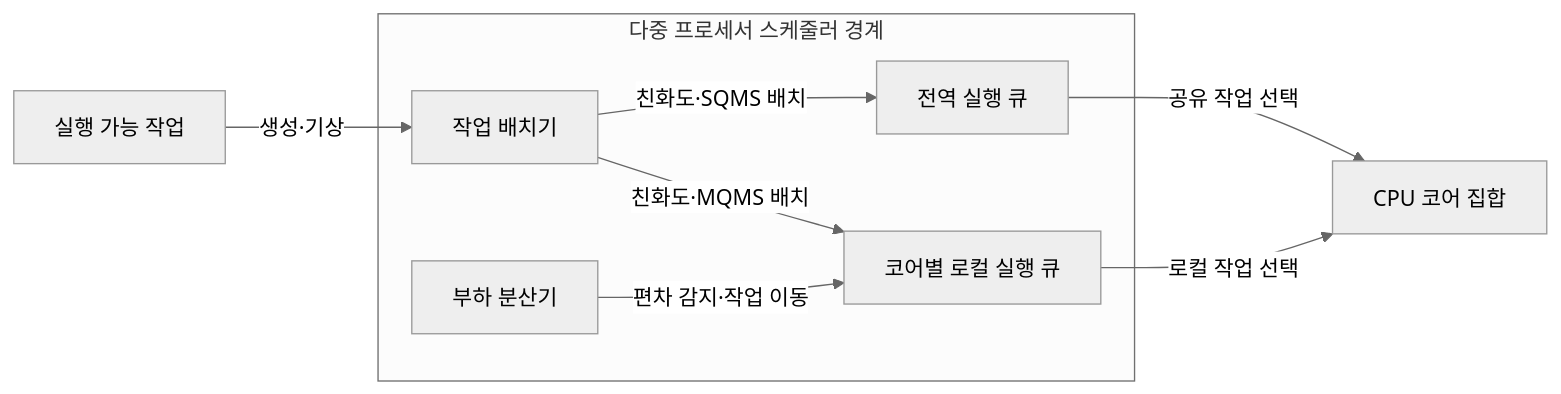
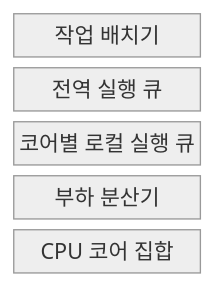
The first of 2 diagrams in src/content/docs/notes/03-software/028_multiprocessor_scheduling_sqms_mqms.md (agnusdei1207/knowledge-base), drawn with Mermaid (neutral theme) before and after one commit. The commit also changed other lines of this file and 20 other files, not shown here.

````diff
--- a/src/content/docs/notes/03-software/028_multiprocessor_scheduling_sqms_mqms.md
+++ b/src/content/docs/notes/03-software/028_multiprocessor_scheduling_sqms_mqms.md
@@ -67,17 +65,9 @@
 ```mermaid
-flowchart LR
-    W[실행 가능 작업]
-    C[CPU 코어 집합]
-    subgraph MP[다중 프로세서 스케줄러 경계]
-        A[작업 배치기]
-        G[전역 실행 큐]
-        L[코어별 로컬 실행 큐]
-        B[부하 분산기]
-        A -->|친화도·SQMS 배치| G
-        A -->|친화도·MQMS 배치| L
-        B -->|편차 감지·작업 이동| L
-    end
-    W -->|생성·기상| A
-    G -->|공유 작업 선택| C
-    L -->|로컬 작업 선택| C
+block
+  columns 1
+  A["작업 배치기"]
+  G["전역 실행 큐"]
+  L["코어별 로컬 실행 큐"]
+  B["부하 분산기"]
+  C["CPU 코어 집합"]
 ```
````
